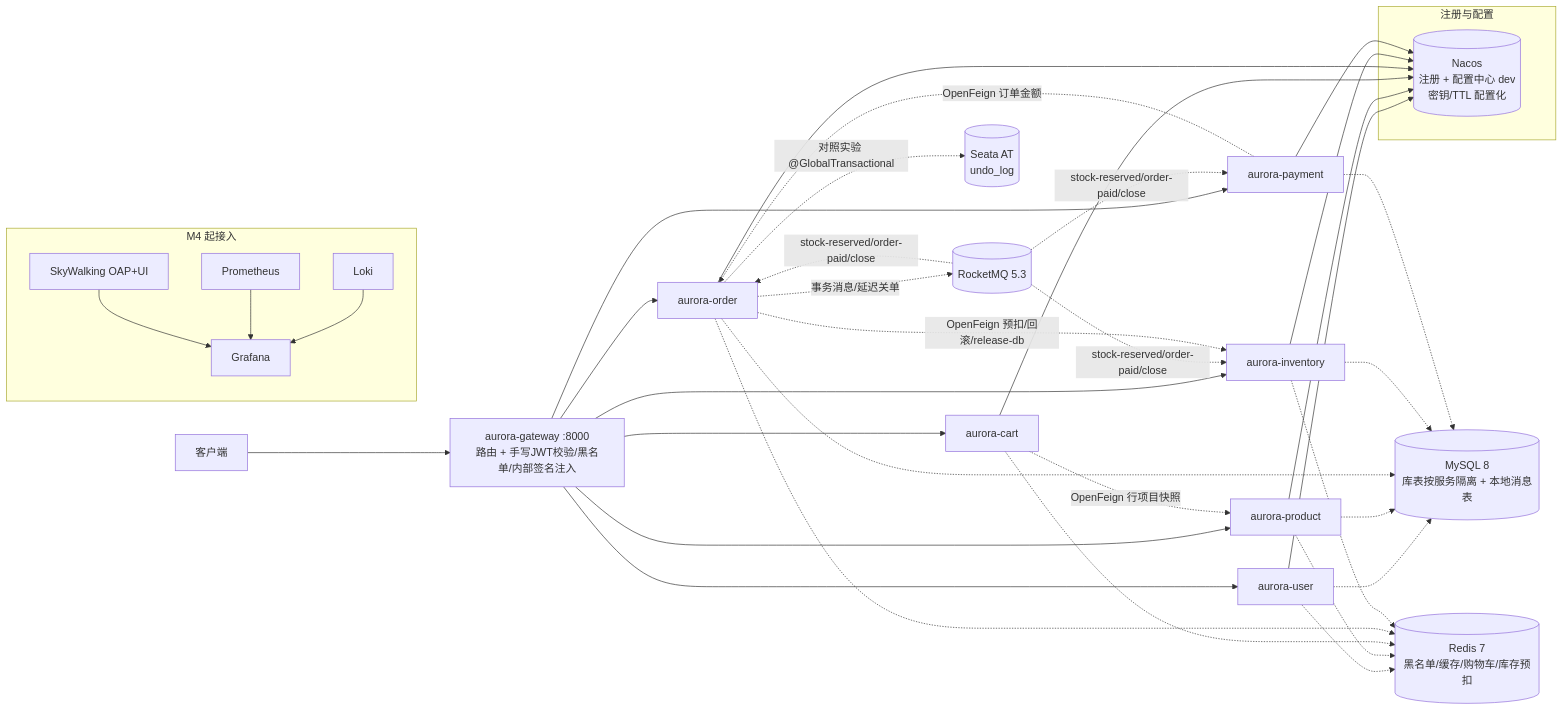
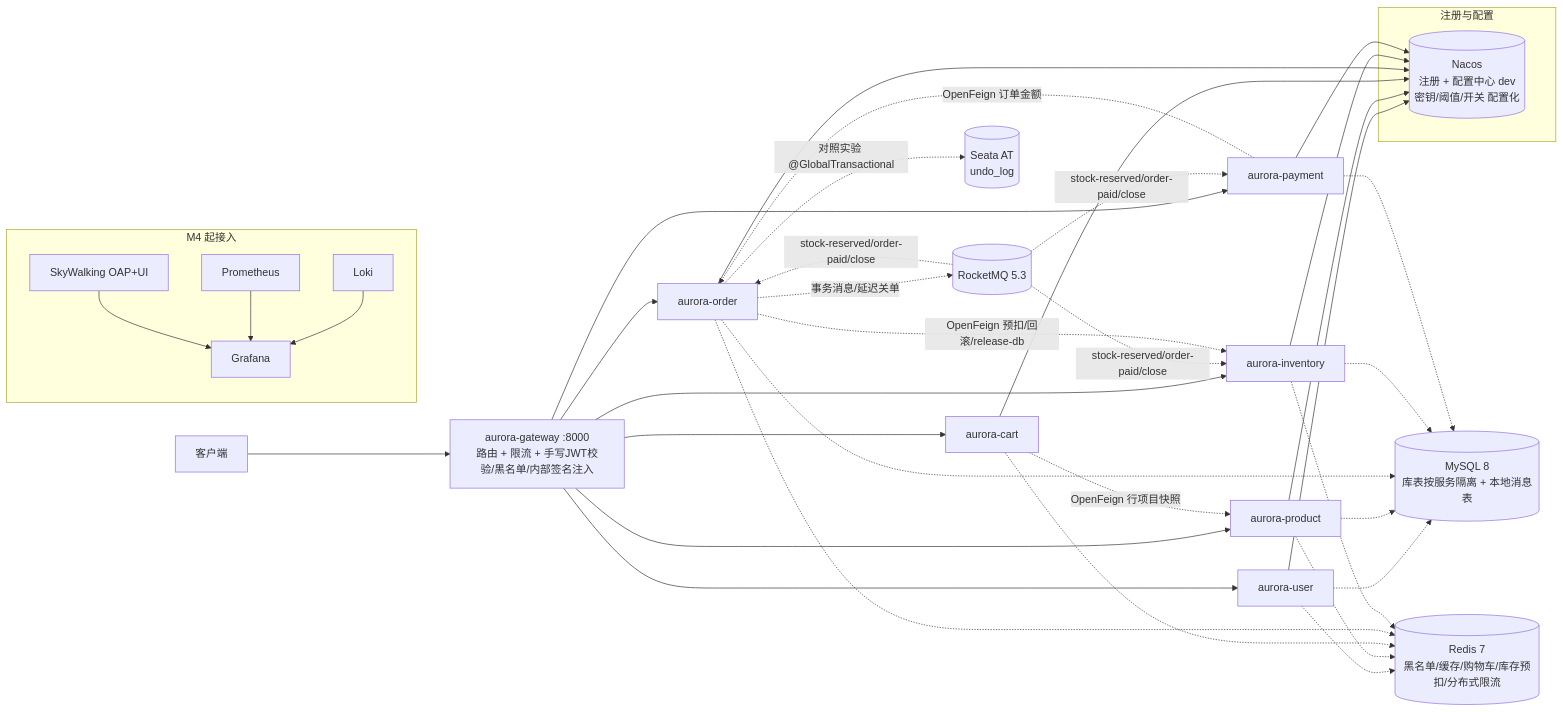
The diagram in README.md (zeng-bohan/aurora-mall), drawn with Mermaid before and after one commit. The commit also changed other lines of this file, not shown here.

````diff
--- a/README.md
+++ b/README.md
@@ -9,32 +22,32 @@
 ```mermaid
 flowchart LR
-    C[客户端] --> G[aurora-gateway :8000<br/>路由 + 手写JWT校验/黑名单/内部签名注入]
+    C[客户端] --> G[aurora-gateway :8000<br/>路由 + 限流 + 手写JWT校验/黑名单/内部签名注入]
 
     G --> U[aurora-user]
     G --> P[aurora-product]
     G --> CA[aurora-cart]
     G --> O[aurora-order]
     G --> I[aurora-inventory]
     G --> PA[aurora-payment]
 
     CA -. OpenFeign 行项目快照 .-> P
 
     subgraph 注册与配置
-      N[(Nacos<br/>注册 + 配置中心 dev<br/>密钥/TTL 配置化)]
+      N[(Nacos<br/>注册 + 配置中心 dev<br/>密钥/阈值/开关 配置化)]
     end
 
     U & P & CA & O & I & PA --> N
 
     O -. 事务消息/延迟关单 .-> MQ[(RocketMQ 5.3)]
     MQ -. stock-reserved/order-paid/close .-> I & PA & O
     O -. OpenFeign 预扣/回滚/release-db .-> I
     PA -. OpenFeign 订单金额 .-> O
     O -. 对照实验 @GlobalTransactional .-> SE[(Seata AT<br/>undo_log)]
 
     U & P & O & I & PA -.-> SQL[(MySQL 8<br/>库表按服务隔离 + 本地消息表)]
-    U & P & CA & O & I -.-> R[(Redis 7<br/>黑名单/缓存/购物车/库存预扣)]
+    U & P & CA & O & I -.-> R[(Redis 7<br/>黑名单/缓存/购物车/库存预扣/分布式限流)]
 
     subgraph 可观测性[M4 起接入]
       SW[SkyWalking OAP+UI] & PR[Prometheus] & LK[Loki] --> GR[Grafana]
     end
 ```
````
